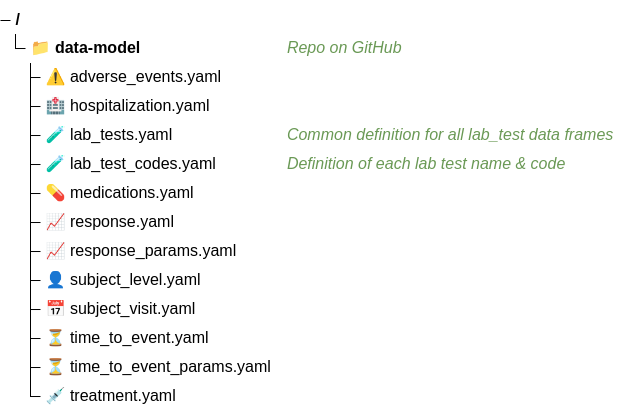
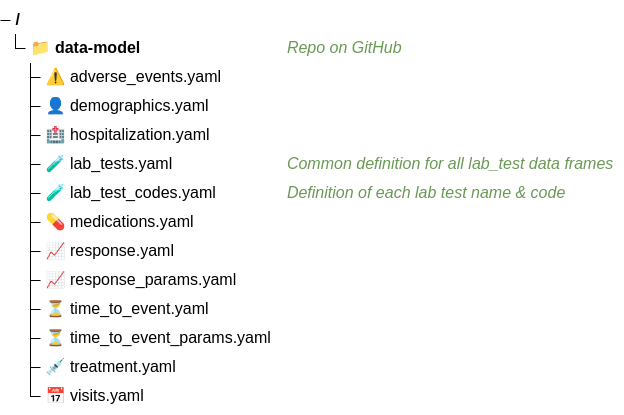
One commit to leslem/positconf2026 changed the diagram in data-model-directory-treeView.mmd. Above: the diagram before and after it, drawn with Mermaid. The commit also changed 4 other files, not shown here.

```diff
--- a/data-model-directory-treeView.mmd
+++ b/data-model-directory-treeView.mmd
@@ -1,15 +1,15 @@
 %%{init: {'themeCSS': '.treeView-node-description { fill: #4F4A4A; }'}}%%
 treeView-beta
 📁 data-model/  ## Repo on GitHub
     ⚠️ adverse_events.yaml
+    👤 demographics.yaml
     🏥 hospitalization.yaml
     🧪 lab_tests.yaml  ## Common definition for all lab_test data frames
     🧪 lab_test_codes.yaml  ## Definition of each lab test name & code
     💊 medications.yaml
     📈 response.yaml
     📈 response_params.yaml
-    👤 subject_level.yaml
-    📅 subject_visit.yaml
     ⏳ time_to_event.yaml
     ⏳ time_to_event_params.yaml
     💉 treatment.yaml
+    📅 visits.yaml
```
